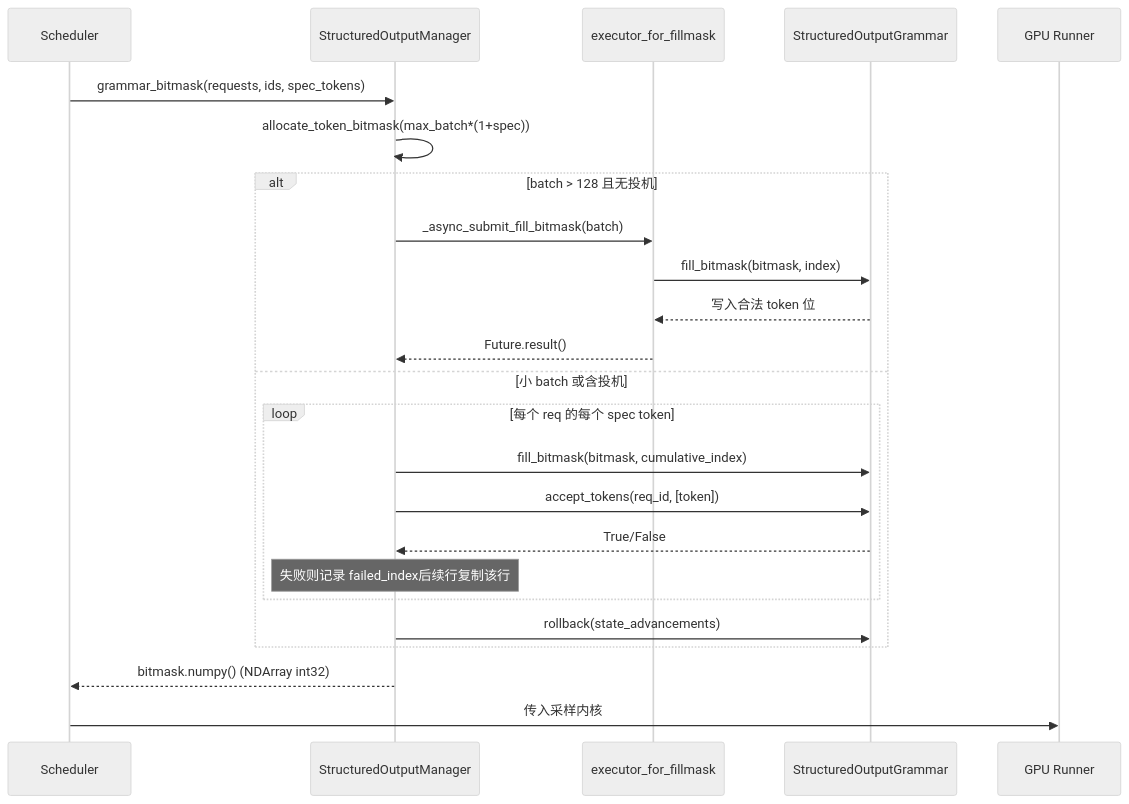
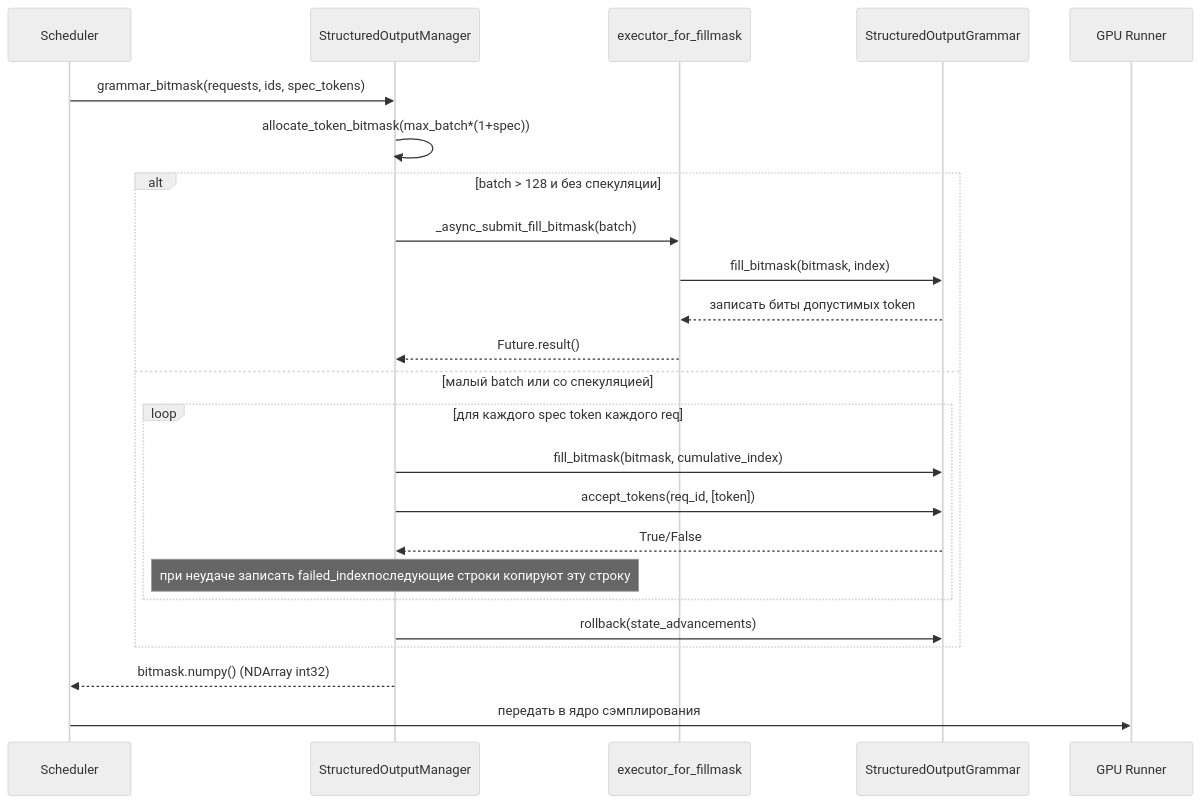
One commit to maleRjc/AiReadCodeBooks changed the second of 2 diagrams in books/vllm/ru/07-cuda-graph-and-execution-acceleration.md. Above: the diagram before and after it, drawn with Mermaid (neutral theme). The commit also changed other lines of this file and 74 other files, not shown here.

````diff
--- a/books/vllm/ru/07-cuda-graph-and-execution-acceleration.md
+++ b/books/vllm/ru/07-cuda-graph-and-execution-acceleration.md
@@ -84,27 +84,27 @@
 ```mermaid
 sequenceDiagram
     participant Sched as Scheduler
     participant Mgr as StructuredOutputManager
     participant Pool as executor_for_fillmask
     participant Gram as StructuredOutputGrammar
     participant GPU as GPU Runner
 
     Sched->>Mgr: grammar_bitmask(requests, ids, spec_tokens)
     Mgr->>Mgr: allocate_token_bitmask(max_batch*(1+spec))
-    alt batch > 128 且无投机
+    alt batch > 128 и без спекуляции
         Mgr->>Pool: _async_submit_fill_bitmask(batch)
         Pool->>Gram: fill_bitmask(bitmask, index)
-        Gram-->>Pool: 写入合法 token 位
+        Gram-->>Pool: записать биты допустимых token
         Pool-->>Mgr: Future.result()
-    else 小 batch 或含投机
-        loop 每个 req 的每个 spec token
+    else малый batch или со спекуляцией
+        loop для каждого spec token каждого req
             Mgr->>Gram: fill_bitmask(bitmask, cumulative_index)
             Mgr->>Gram: accept_tokens(req_id, [token])
             Gram-->>Mgr: True/False
-            Note over Mgr: 失败则记录 failed_index后续行复制该行
+            Note over Mgr: при неудаче записать failed_indexпоследующие строки копируют эту строку
         end
         Mgr->>Gram: rollback(state_advancements)
     end
     Mgr-->>Sched: bitmask.numpy() (NDArray int32)
-    Sched->>GPU: 传入采样内核
+    Sched->>GPU: передать в ядро сэмплирования
 ```
````
